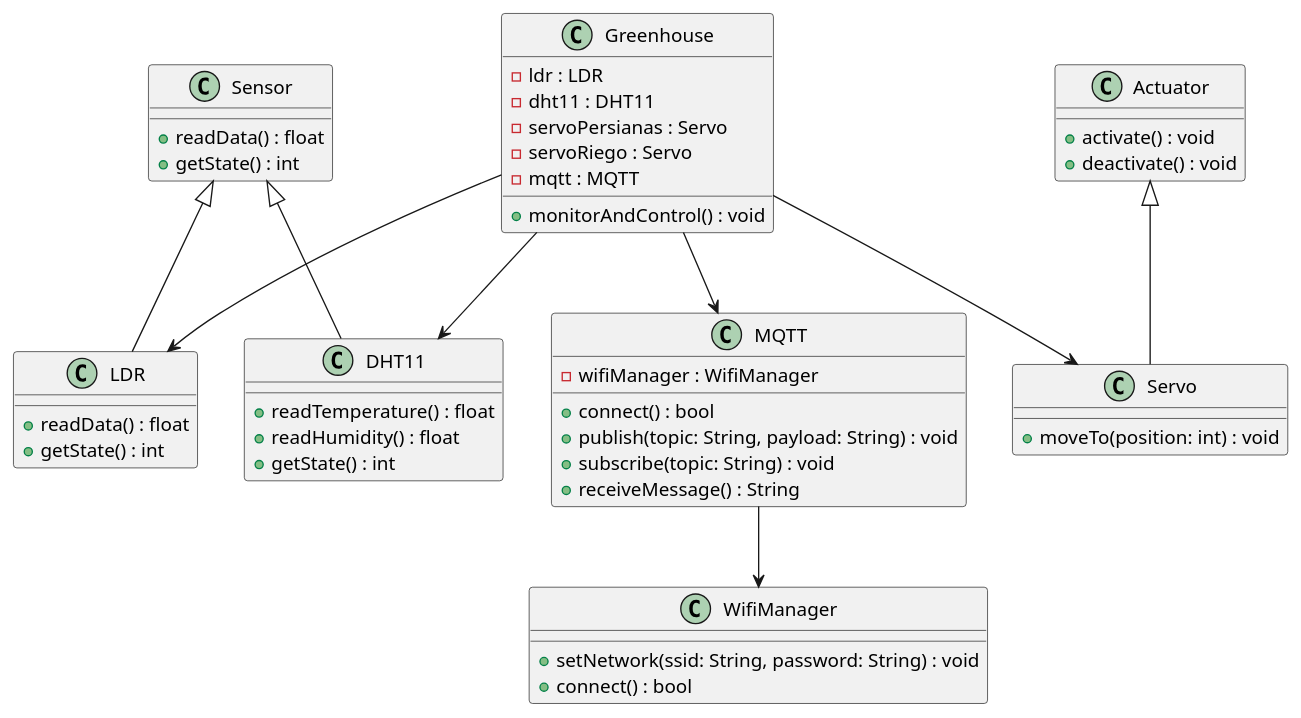
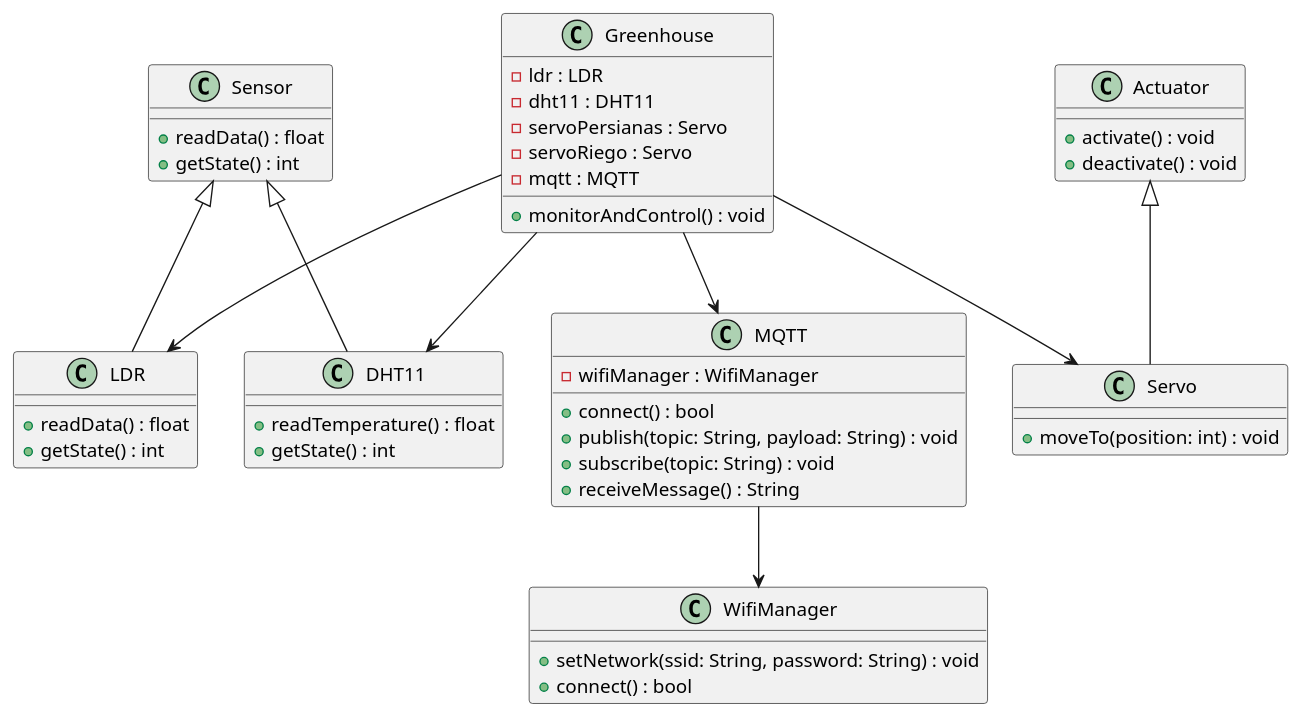
The diagram in diagrams/structure.puml (Focus0Wizard/greenhouse_project), drawn with PlantUML before and after one commit.

Commit message:
remove readHumidity

```diff
--- a/diagrams/structure.puml
+++ b/diagrams/structure.puml
@@ -1,59 +1,58 @@
 @startuml
 class Greenhouse {
   -ldr : LDR
   -dht11 : DHT11
   -servoPersianas : Servo
   -servoRiego : Servo
   -mqtt : MQTT
   +monitorAndControl() : void
 }
 
 class Sensor {
   +readData() : float
   +getState() : int
 }
 
 class LDR {
   +readData() : float
   +getState() : int
 }
 
 class DHT11 {
   +readTemperature() : float
-  +readHumidity() : float
   +getState() : int
 }
 
 class Actuator {
   +activate() : void
   +deactivate() : void
 }
 
 class Servo {
   +moveTo(position: int) : void
 }
 
 class MQTT {
   -wifiManager : WifiManager
   +connect() : bool
   +publish(topic: String, payload: String) : void
   +subscribe(topic: String) : void
   +receiveMessage() : String
 }
 
 class WifiManager {
   +setNetwork(ssid: String, password: String) : void
   +connect() : bool
 }
 
 Sensor <|-- LDR
 Sensor <|-- DHT11
 Actuator <|-- Servo
 
 Greenhouse --> LDR
 Greenhouse --> DHT11
 Greenhouse --> Servo
 Greenhouse --> MQTT
 
 MQTT --> WifiManager
 @enduml
```
